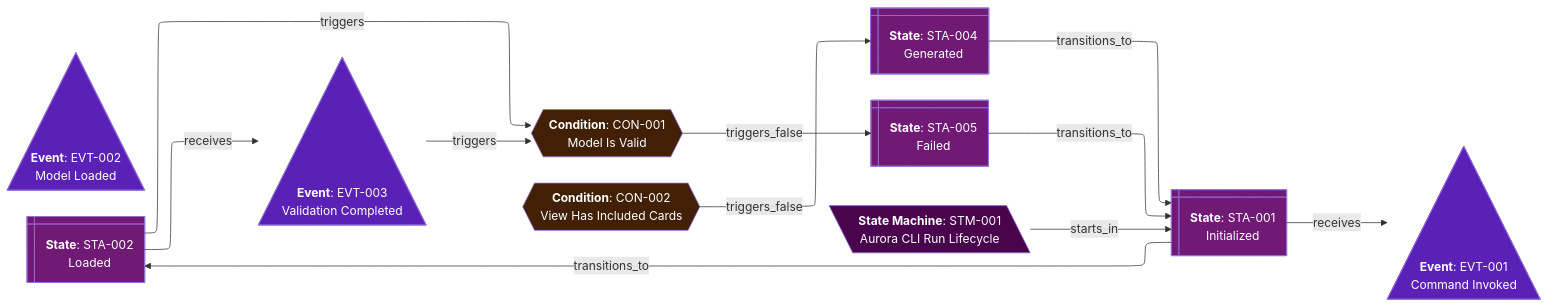
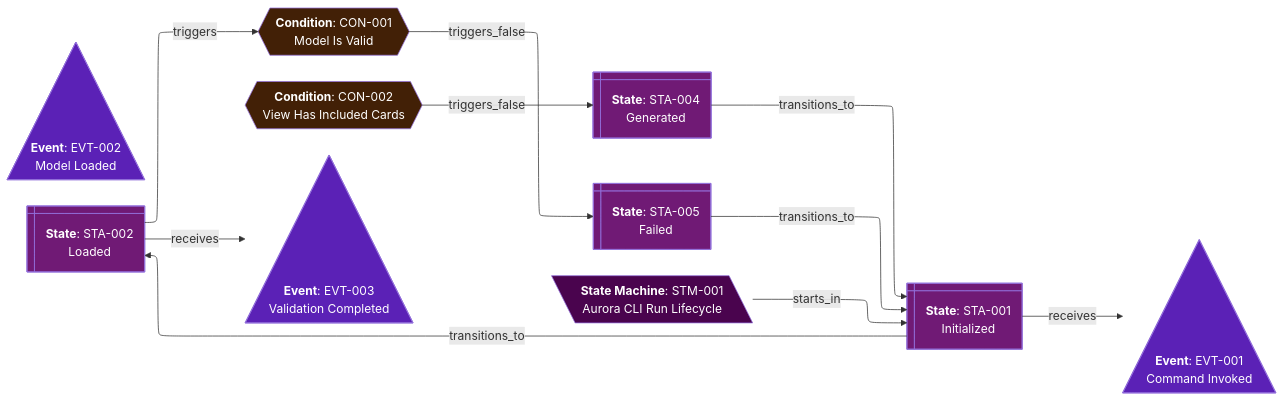
Before and after one commit to JEleniel/aurora: the diagram in docs/design/MIS-001/State_Machine.view.md, drawn with Mermaid. The commit also changed other lines of this file and 141 other files, not shown here.

````diff
--- a/docs/design/MIS-001/State_Machine.view.md
+++ b/docs/design/MIS-001/State_Machine.view.md
@@ -3,66 +3,65 @@
 ```mermaid
 %%{init: {'flowchart': {'defaultRenderer': 'elk'}, 'themeVariables': { 'clusterBkg': 'transparent' }}}%%
 graph LR
 
 
 	CON-001{{"`**Condition**: CON-001<br />Model Is Valid`"}}
 	CON-002{{"`**Condition**: CON-002<br />View Has Included Cards`"}}
 	EVT-001["`**Event**: EVT-001<br />Command Invoked`"]@{shape: tri}
 	EVT-002["`**Event**: EVT-002<br />Model Loaded`"]@{shape: tri}
 	EVT-003["`**Event**: EVT-003<br />Validation Completed`"]@{shape: tri}
 	STA-001["`**State**: STA-001<br />Initialized`"]@{shape: win-pane}
 	STA-002["`**State**: STA-002<br />Loaded`"]@{shape: win-pane}
 	STA-004["`**State**: STA-004<br />Generated`"]@{shape: win-pane}
 	STA-005["`**State**: STA-005<br />Failed`"]@{shape: win-pane}
 	STM-001[\"`**State Machine**: STM-001<br />Aurora CLI Run Lifecycle`"\]
 
 
 	CON-001 -- triggers_false --> STA-005;
 	CON-002 -- triggers_false --> STA-004;
-	EVT-003 -- triggers --> CON-001;
 	STA-001 -- receives --> EVT-001;
 	STA-001 -- transitions_to --> STA-002;
 	STA-002 -- receives --> EVT-003;
 	STA-002 -- triggers --> CON-001;
 	STA-004 -- transitions_to --> STA-001;
 	STA-005 -- transitions_to --> STA-001;
 	STM-001 -- starts_in --> STA-001;
 
 
 classDef cls_boundary stroke-dasharray:5 5,stroke-width:4;
 classDef cls_mission fill:#022c22,color:#FFFFFF
 classDef cls_driver fill:#064e3b,color:#FFFFFF
 classDef cls_requirement fill:#065f46,color:#FFFFFF
 classDef cls_capability fill:#052e16,color:#FFFFFF
 classDef cls_feature fill:#14532d,color:#FFFFFF
 classDef cls_actor fill:#1a2e05,color:#FFFFFF
 classDef cls_story fill:#365314,color:#FFFFFF;
 classDef cls_condition fill:#422006,color:#FFFFFF
 classDef cls_control fill:#713f12,color:#FFFFFF
 classDef cls_constraint fill:#854d0e,color:#FFFFFF;
 classDef cls_system fill:#172554,color:#FFFFFF
 classDef cls_application fill:#1e3a8a,color:#FFFFFF
 classDef cls_component fill:#1e40af,color:#FFFFFF
 classDef cls_interface fill:#082f49,color:#FFFFFF
 classDef cls_artifact fill:#1e293b,color:#FFFFFF
 classDef cls_asset fill:#334155,color:#FFFFFF;
 classDef cls_data_store fill:#075985,color:#FFFFFF
 classDef cls_test fill:#022c22,color:#FFFFFF;
 classDef cls_deployment fill:#1e1b4b,color:#FFFFFF;
 classDef cls_node fill:#312e81,color:#FFFFFF;
 classDef cls_node_instance fill:#3730a3,color:#FFFFFF;
 classDef cls_process fill:#2e1065,color:#FFFFFF
 classDef cls_activity fill:#4c1d95,color:#FFFFFF
 classDef cls_event fill:#5b21b6,color:#FFFFFF
 classDef cls_state_machine fill:#4a044e,color:#FFFFFF
 classDef cls_state fill:#701a75,color:#FFFFFF
 classDef cls_risk fill:#881337,color:#FFFFFF;
 classDef cls_threat fill:#4c0519,color:#FFFFFF;
 classDef cls_note fill:#1f2937,color:#FFFFFF;
 
 	class CON-001,CON-002 cls_condition;
 	class EVT-001,EVT-002,EVT-003 cls_event;
 	class STA-001,STA-002,STA-004,STA-005 cls_state;
 	class STM-001 cls_state_machine;
 
 ```
````
